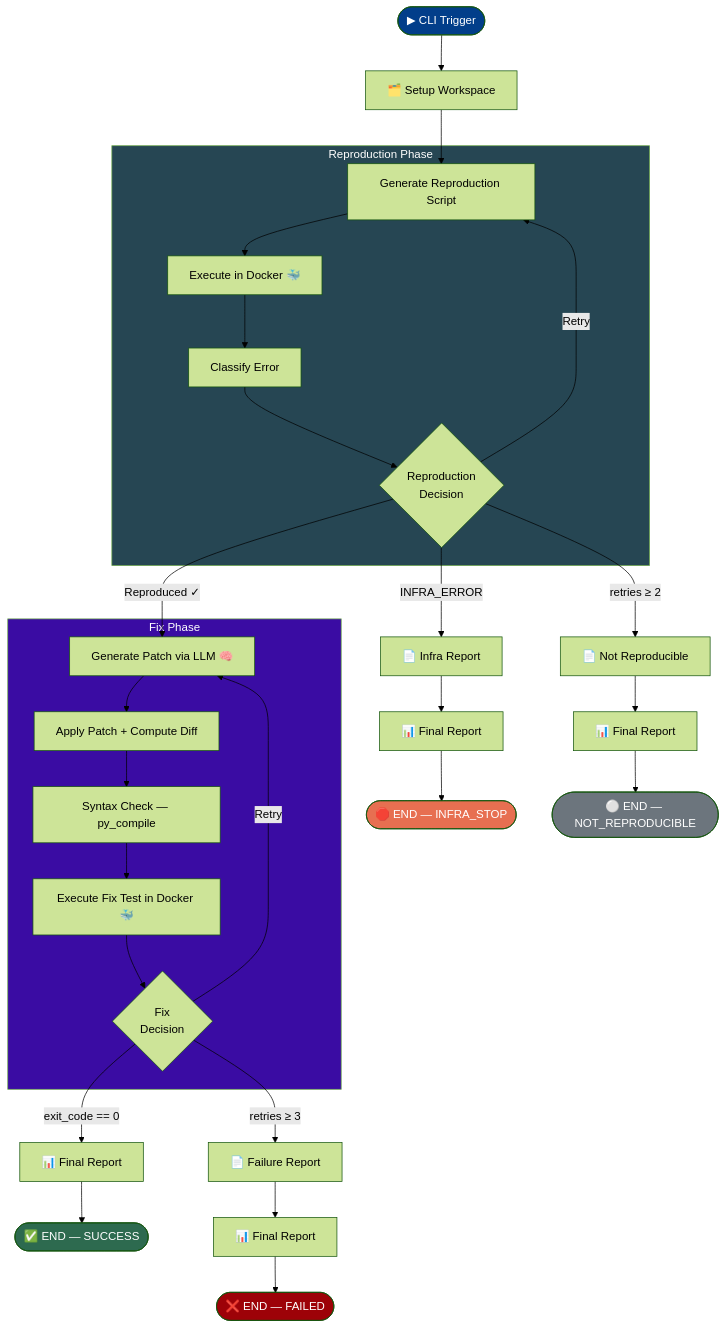
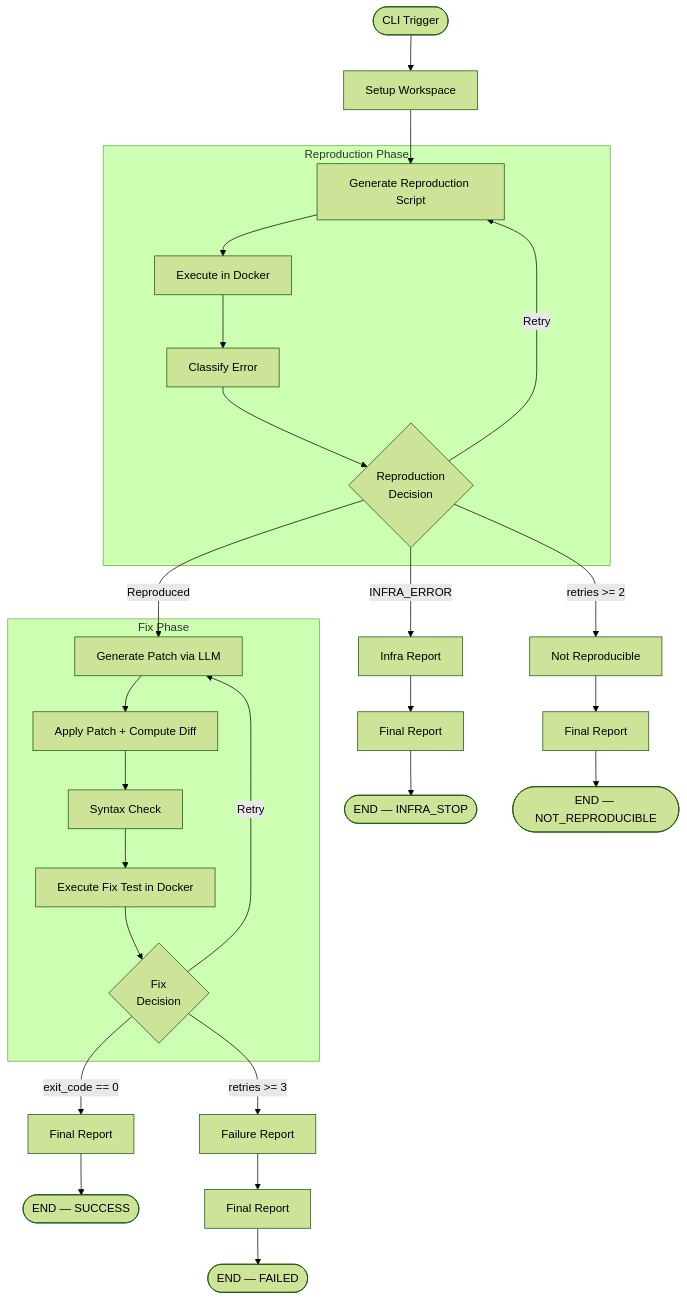
One commit to AmanKushwaha-17/OPSGUARD changed the third of 3 diagrams in README.md. Above: the diagram before and after it, drawn with Mermaid (forest theme). The commit also changed other lines of this file, not shown here.

Commit message:
Update README flowchart and reporting docs

````diff
--- a/README.md
+++ b/README.md
@@ -132,58 +87,50 @@
 ```mermaid
 flowchart TD
-    START(["▶ CLI Trigger"]) --> SETUP["🗂️ Setup Workspace"]
+    START(["CLI Trigger"]) --> SETUP["Setup Workspace"]
 
     subgraph REPRODUCE["Reproduction Phase"]
         GEN_SCRIPT["Generate Reproduction Script"]
-        EXEC_REPRO["Execute in Docker 🐳"]
+        EXEC_REPRO["Execute in Docker"]
         CLASSIFY["Classify Error"]
         REPRO_DECISION{"Reproduction\nDecision"}
     end
 
     SETUP --> GEN_SCRIPT
     GEN_SCRIPT --> EXEC_REPRO
     EXEC_REPRO --> CLASSIFY
     CLASSIFY --> REPRO_DECISION
 
-    REPRO_DECISION -->|"INFRA_ERROR"| INFRA_REPORT["📄 Infra Report"]
-    INFRA_REPORT --> FINAL_1["📊 Final Report"]
-    FINAL_1 --> END_1(["🛑 END — INFRA_STOP"])
+    REPRO_DECISION -->|"INFRA_ERROR"| INFRA_REPORT["Infra Report"]
+    INFRA_REPORT --> FINAL_1["Final Report"]
+    FINAL_1 --> END_1(["END — INFRA_STOP"])
 
-    REPRO_DECISION -->|"Reproduced ✓"| GEN_PATCH
+    REPRO_DECISION -->|"Reproduced"| GEN_PATCH
 
-    REPRO_DECISION -->|"retries ≥ 2"| NOT_REPRO["📄 Not Reproducible"]
-    NOT_REPRO --> FINAL_2["📊 Final Report"]
-    FINAL_2 --> END_2(["⚪ END — NOT_REPRODUCIBLE"])
+    REPRO_DECISION -->|"retries >= 2"| NOT_REPRO["Not Reproducible"]
+    NOT_REPRO --> FINAL_2["Final Report"]
+    FINAL_2 --> END_2(["END — NOT_REPRODUCIBLE"])
 
     REPRO_DECISION -->|"Retry"| GEN_SCRIPT
 
     subgraph FIX["Fix Phase"]
-        GEN_PATCH["Generate Patch via LLM 🧠"]
+        GEN_PATCH["Generate Patch via LLM"]
         APPLY["Apply Patch + Compute Diff"]
-        SYNTAX["Syntax Check — py_compile"]
-        EXEC_FIX["Execute Fix Test in Docker 🐳"]
+        SYNTAX["Syntax Check"]
+        EXEC_FIX["Execute Fix Test in Docker"]
         FIX_DECISION{"Fix\nDecision"}
     end
 
     GEN_PATCH --> APPLY
     APPLY --> SYNTAX
     SYNTAX --> EXEC_FIX
     EXEC_FIX --> FIX_DECISION
 
-    FIX_DECISION -->|"exit_code == 0"| FINAL_3["📊 Final Report"]
-    FINAL_3 --> END_3(["✅ END — SUCCESS"])
+    FIX_DECISION -->|"exit_code == 0"| FINAL_3["Final Report"]
+    FINAL_3 --> END_3(["END — SUCCESS"])
 
-    FIX_DECISION -->|"retries ≥ 3"| FAIL_REPORT["📄 Failure Report"]
-    FAIL_REPORT --> FINAL_4["📊 Final Report"]
-    FINAL_4 --> END_4(["❌ END — FAILED"])
+    FIX_DECISION -->|"retries >= 3"| FAIL_REPORT["Failure Report"]
+    FAIL_REPORT --> FINAL_4["Final Report"]
+    FINAL_4 --> END_4(["END — FAILED"])
 
     FIX_DECISION -->|"Retry"| GEN_PATCH
-
-    style START fill:#023e8a,color:#fff
-    style REPRODUCE fill:#264653,color:#fff
-    style FIX fill:#3a0ca3,color:#fff
-    style END_1 fill:#e76f51,color:#fff
-    style END_2 fill:#6c757d,color:#fff
-    style END_3 fill:#2d6a4f,color:#fff
-    style END_4 fill:#9d0208,color:#fff
 ```
````
